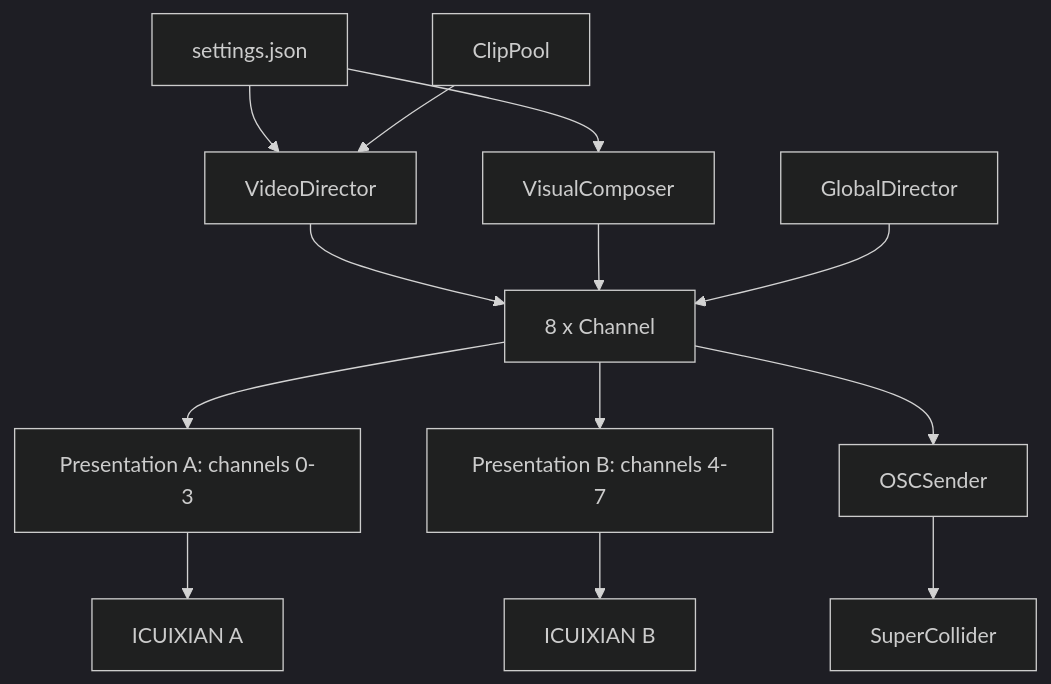
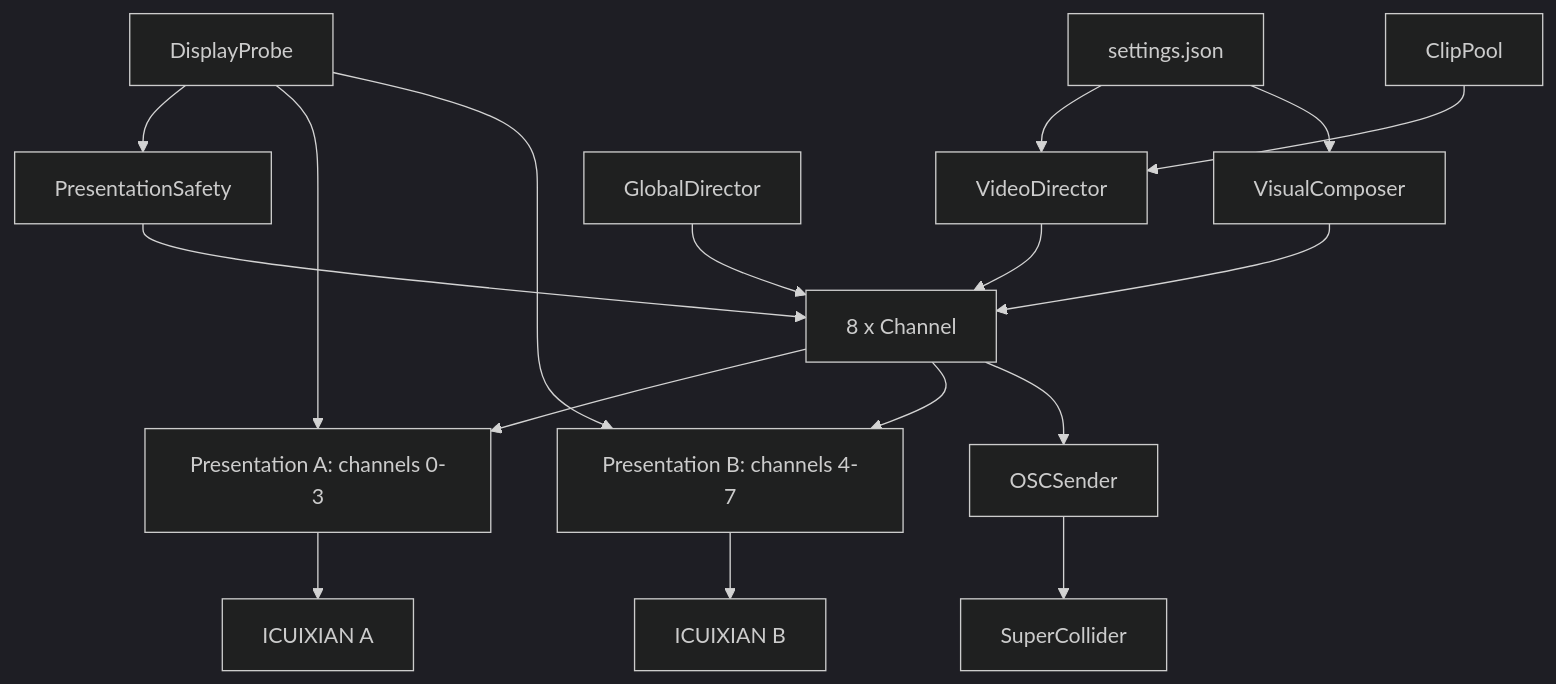
The first of 8 diagrams in README.md (Lessnullvoid/Partitura_del_Juego), drawn with Mermaid (dark theme) before and after one commit. The commit also changed other lines of this file and 30 other files, not shown here.

````diff
--- a/README.md
+++ b/README.md
@@ -33,15 +33,19 @@
 ```mermaid
 flowchart TB
     Settings[settings.json] --> VideoDirector
     Settings --> VisualComposer
+    DisplayProbe --> PresentationSafety
+    DisplayProbe --> WindowA
+    DisplayProbe --> WindowB
     ClipPool --> VideoDirector
     VideoDirector --> Channels["8 x Channel"]
     VisualComposer --> Channels
     GlobalDirector --> Channels
+    PresentationSafety --> Channels
     Channels --> WindowA["Presentation A: channels 0-3"]
     Channels --> WindowB["Presentation B: channels 4-7"]
     WindowA --> ControllerA["ICUIXIAN A"]
     WindowB --> ControllerB["ICUIXIAN B"]
     Channels --> OSCSender
     OSCSender --> SuperCollider
 ```
````
